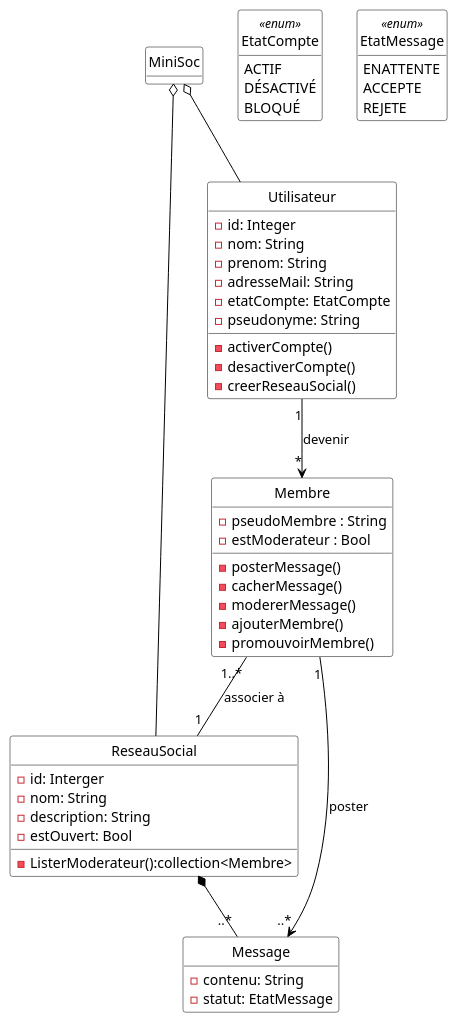
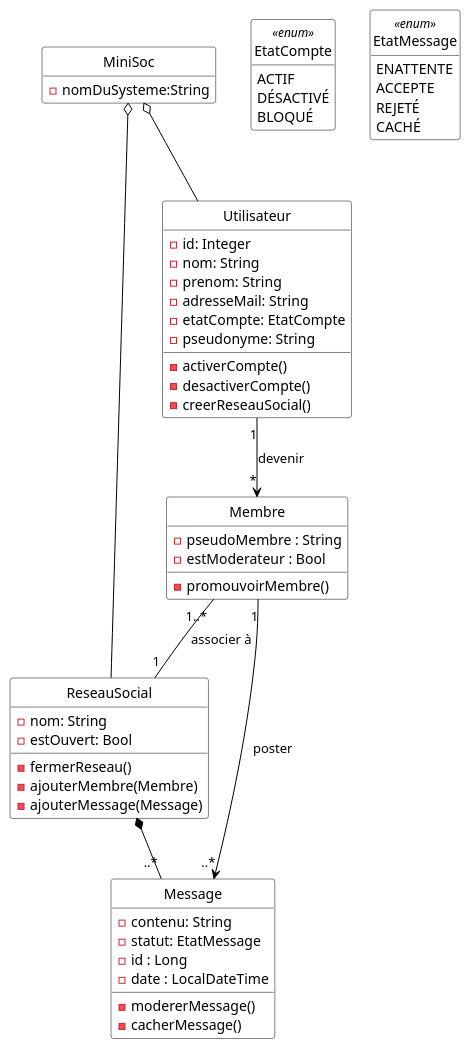
The diagram in Diagrammes/minisocs_uml_diag_classes_sans_notif.pu (yesminete/MiniSocs), drawn with PlantUML before and after one commit. The commit also changed 23 other files, not shown here.

```diff
--- a/Diagrammes/minisocs_uml_diag_classes_sans_notif.pu
+++ b/Diagrammes/minisocs_uml_diag_classes_sans_notif.pu
@@ -1,79 +1,81 @@
 @startuml
 
 'Diagramme de classes (PlantUML)'
 
 'Configuration charte graphique'
 hide empty methods
 hide circle
 skinparam class {
   BackgroundColor White
   ArrowColor Black
   BorderColor Black
 }
 
 'Classes, énumérations, etc.'
 class ReseauSocial {
-  -id: Interger
   -nom: String
-  -description: String
   -estOuvert: Bool
-  -ListerModerateur():collection<Membre>
+  -fermerReseau()
+  -ajouterMembre(Membre)
+  -ajouterMessage(Message)
 }
 
 
 class Utilisateur {
   -id: Integer
   -nom: String
   -prenom: String
   -adresseMail: String
   -etatCompte: EtatCompte
   -pseudonyme: String
   -activerCompte()
   -desactiverCompte()
   -creerReseauSocial()
 }
 
 
 class Membre{
   -pseudoMembre : String
   -estModerateur : Bool
-  -posterMessage()
-  -cacherMessage()
-  -modererMessage()
-  -ajouterMembre()
   -promouvoirMembre()
 }
 
 class Message{
   -contenu: String
   -statut: EtatMessage
+  -id : Long
+  -date : LocalDateTime
+  -modererMessage()
+  -cacherMessage()
 }
 
 class MiniSoc{
+-nomDuSysteme:String
 }
 
 enum EtatCompte <<enum>> {
   ACTIF
   DÉSACTIVÉ
   BLOQUÉ
 }
 
 enum EtatMessage <<enum>>{
   ENATTENTE
   ACCEPTE
-  REJETE
+  REJETÉ
+  CACHÉ
 }
 
 'Associations, etc.'
 
 MiniSoc o-- Utilisateur
 MiniSoc o-- ReseauSocial
 Utilisateur "1"-->"*" Membre : devenir 
 Membre "1..*"--"1" ReseauSocial : associer à
 Membre "1"-->"..*" Message : poster
 ReseauSocial *--"..*" Message
 
 
 'Au besoin, aides pour le positionnement'
 
 @enduml
```
